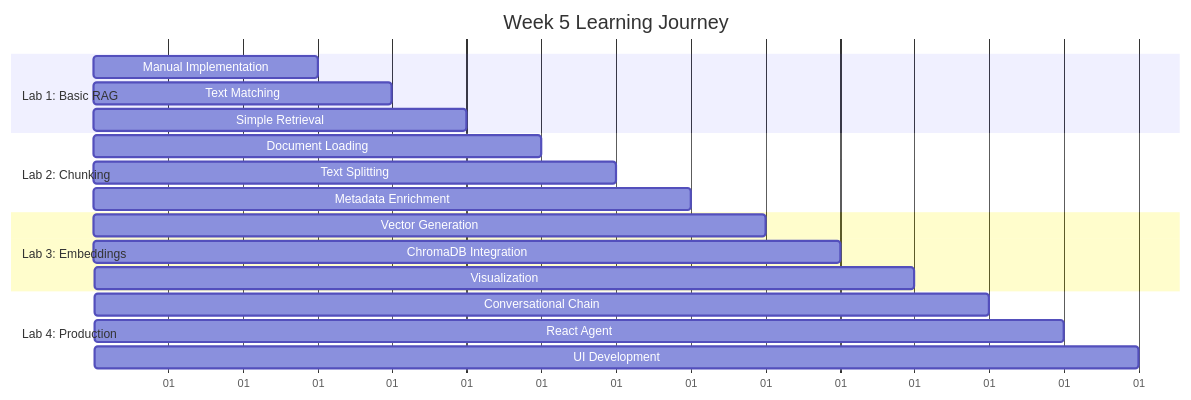
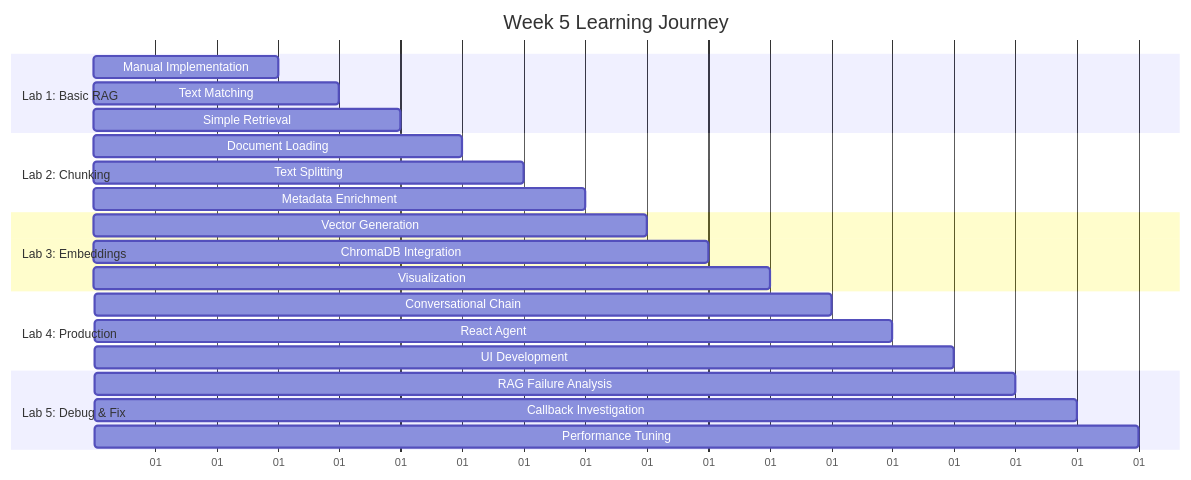
The second of 12 diagrams in 5_week/README.md (Jai-Keshav-Sharma/LLM-Engineering), drawn with Mermaid before and after one commit. The commit also changed other lines of this file and 48 other files, not shown here.

````diff
--- a/5_week/README.md
+++ b/5_week/README.md
@@ -58,26 +65,31 @@
 ```mermaid
 gantt
     title Week 5 Learning Journey
     dateFormat X
     axisFormat %d
     
     section Lab 1: Basic RAG
     Manual Implementation    :1, 3
     Text Matching           :2, 4
     Simple Retrieval        :3, 5
     
     section Lab 2: Chunking
     Document Loading        :4, 6
     Text Splitting          :5, 7
     Metadata Enrichment     :6, 8
     
     section Lab 3: Embeddings
     Vector Generation       :7, 9
     ChromaDB Integration    :8, 10
     Visualization          :9, 11
     
     section Lab 4: Production
     Conversational Chain    :10, 12
     React Agent            :11, 13
     UI Development         :12, 14
+    
+    section Lab 5: Debug & Fix
+    RAG Failure Analysis   :13, 15
+    Callback Investigation :14, 16
+    Performance Tuning     :15, 17
 ```
````
